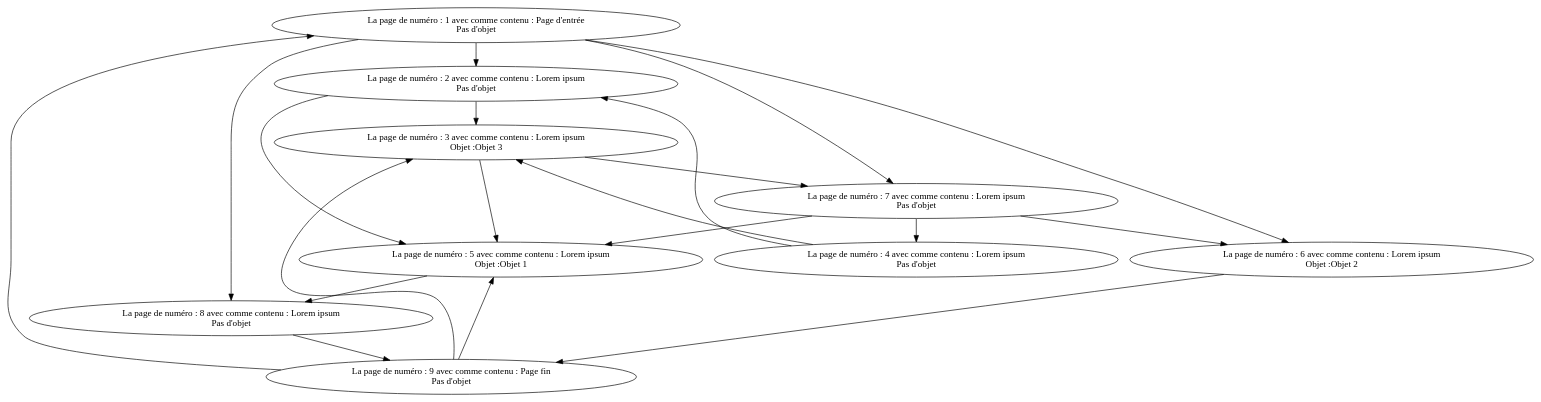
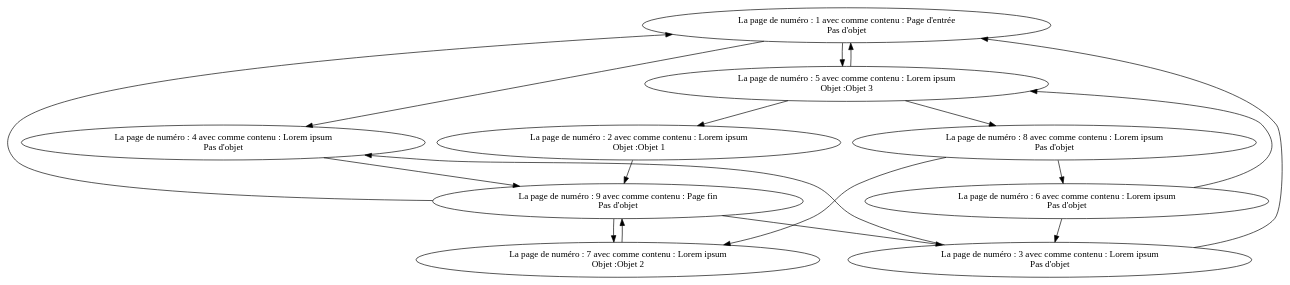
One commit to TomJacquemard/SAE-Graphe---Livre-jeu changed the diagram in Livre_Jeu/graph2.dot. Above: the diagram before and after it, drawn with Graphviz. The commit also changed 16 other files, not shown here.

```diff
--- a/Livre_Jeu/graph2.dot
+++ b/Livre_Jeu/graph2.dot
@@ -1,39 +1,37 @@
 strict digraph G {
   1 [ label="La page de numéro : 1 avec comme contenu : Page d'entrée
  Pas d'objet" ];
   2 [ label="La page de numéro : 9 avec comme contenu : Page fin
  Pas d'objet" ];
   3 [ label="La page de numéro : 2 avec comme contenu : Lorem ipsum
+ Objet :Objet 1" ];
+  4 [ label="La page de numéro : 3 avec comme contenu : Lorem ipsum
  Pas d'objet" ];
-  4 [ label="La page de numéro : 3 avec comme contenu : Lorem ipsum
- Objet :Objet 3" ];
   5 [ label="La page de numéro : 4 avec comme contenu : Lorem ipsum
  Pas d'objet" ];
   6 [ label="La page de numéro : 5 avec comme contenu : Lorem ipsum
- Objet :Objet 1" ];
+ Objet :Objet 3" ];
   7 [ label="La page de numéro : 6 avec comme contenu : Lorem ipsum
+ Pas d'objet" ];
+  8 [ label="La page de numéro : 7 avec comme contenu : Lorem ipsum
  Objet :Objet 2" ];
-  8 [ label="La page de numéro : 7 avec comme contenu : Lorem ipsum
- Pas d'objet" ];
   9 [ label="La page de numéro : 8 avec comme contenu : Lorem ipsum
  Pas d'objet" ];
-  1 -> 8;
-  1 -> 7;
-  1 -> 9;
-  1 -> 3;
+  1 -> 6;
+  1 -> 5;
   2 -> 4;
-  2 -> 6;
+  2 -> 8;
   2 -> 1;
-  3 -> 4;
-  3 -> 6;
-  4 -> 8;
-  4 -> 6;
-  5 -> 3;
-  5 -> 4;
+  3 -> 2;
+  4 -> 5;
+  4 -> 1;
+  5 -> 2;
   6 -> 9;
-  7 -> 2;
-  8 -> 6;
-  8 -> 5;
-  8 -> 7;
-  9 -> 2;
+  6 -> 3;
+  6 -> 1;
+  7 -> 6;
+  7 -> 4;
+  8 -> 2;
+  9 -> 8;
+  9 -> 7;
 }
```
